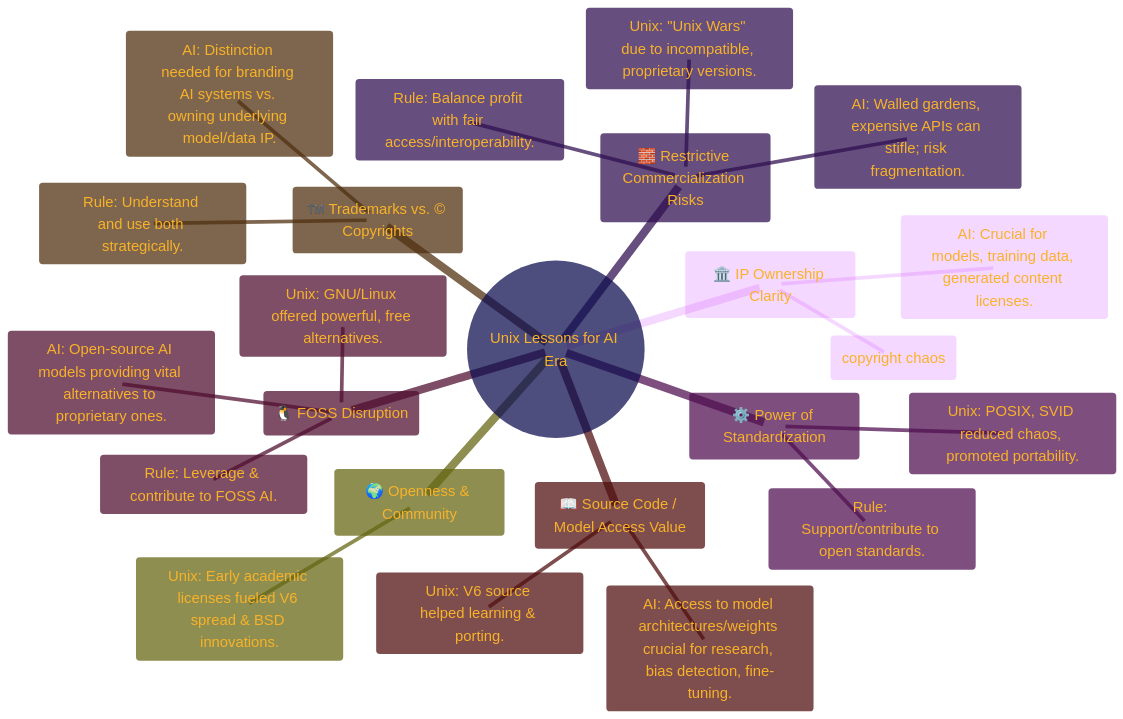
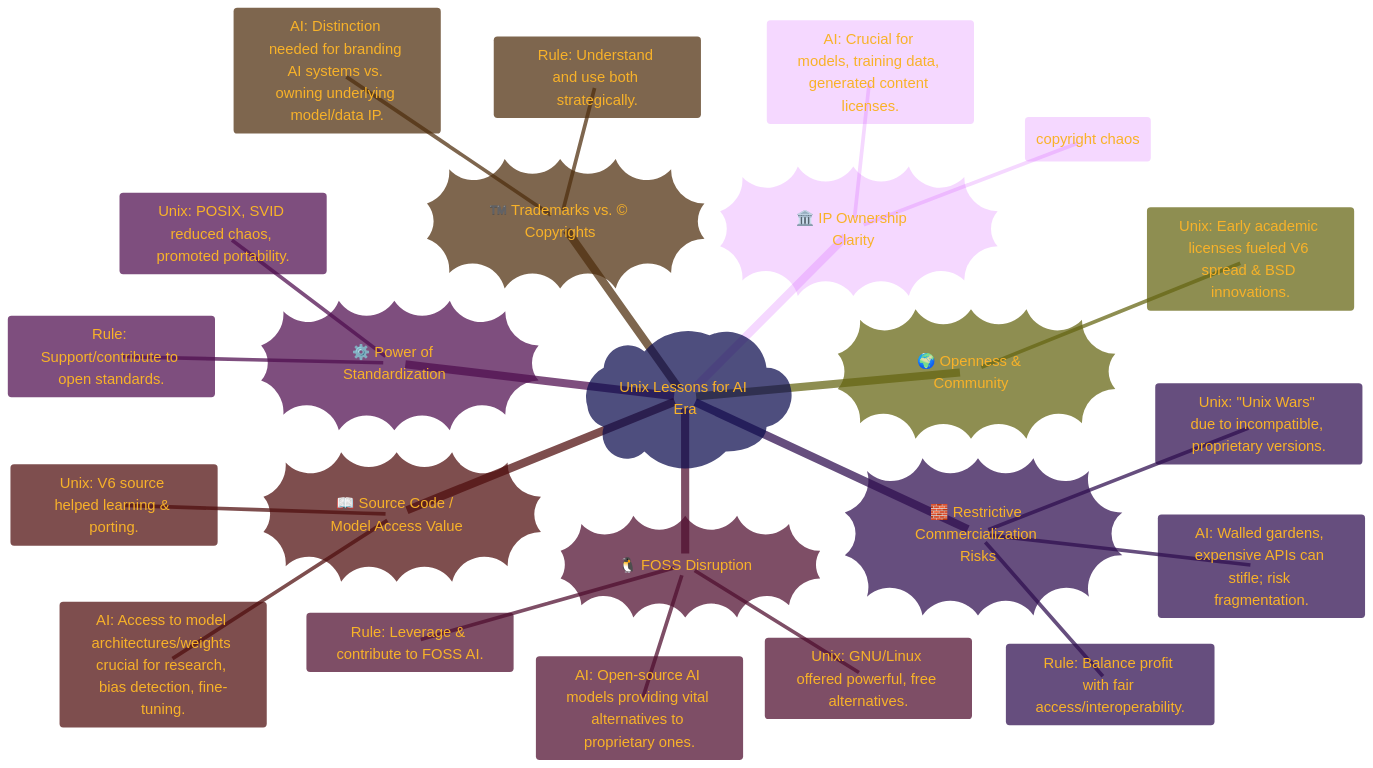
The fourth of 7 diagrams in THE_PAST/PART-4_Consolidated_info.md (CongLeSolutionX/Digital-Bedrock-Landscape), drawn with Mermaid before and after one commit.

Commit message:
update notes

````diff
--- a/THE_PAST/PART-4_Consolidated_info.md
+++ b/THE_PAST/PART-4_Consolidated_info.md
@@ -279,67 +279,67 @@
 ```mermaid
 ---
 title: "Overall Structure of the License Agreement"
 author: "Cong Le"
 version: "1.0"
 license(s): "MIT, CC BY 4.0"
 copyright: "Copyright (c) 2025 Cong Le. All Rights Reserved."
 config:
   theme: base
 ---
 %%%%%%%% Mermaid version v11.4.1-b.14
 %%{
   init: {
     'fontFamily': 'Andale Mono, monospace',
     'mindmap': {
 	    'nodeAlign': 'center',
 	    'padding': 20
     },
     'themeVariables': {
       'primaryColor': '#22BB',
       'primaryTextColor': '#F8B229',
       'primaryBorderColor': '#27AE60',
       'secondaryColor': '#EBF3',
       'secondaryTextColor': '#6C3483',
       'secondaryBorderColor': '#A569BD',
       'fontSize': '20px'
     }
   }
 }%%
 mindmap
-  root((Unix Lessons for AI Era))
-    (🏛️ IP Ownership Clarity)
+  root)"Unix Lessons for AI Era"(
+    IP_Ownership_Clarity))"🏛️ IP Ownership Clarity"((
       ::icon(fa fa-landmark)
       Unix: SCO vs. Novell lawsuits (copyright chaos)
       AI: Crucial for models, training data, generated content licenses.
       %% Rule: Explicitly define rights! $$\\mathcal{L}_{AI} = f(\text{data}, \text{model}, \text{output})$$
-    (🌍 Openness & Community)
+    Openness_and_Community))"🌍 Openness & Community"((
       ::icon(fa fa-globe)
       Unix: Early academic licenses fueled V6 spread & BSD innovations.
       %% AI: Open models (BLOOM, Llama) & frameworks (PyTorch) accelerate research.
       %% Rule: Consider open-source (MIT, Apache, OpenRAIL).
-    ("🧱 Restrictive Commercialization Risks")
+    Restrictive_Commercialization_Risks))"🧱 Restrictive Commercialization Risks"((
       ::icon(fa fa-store-slash)
       Unix: "Unix Wars" due to incompatible, proprietary versions.
       AI: Walled gardens, expensive APIs can stifle; risk fragmentation.
       Rule: Balance profit with fair access/interoperability.
-    ("⚙️ Power of Standardization")
+    Power_of_Standardization))"⚙️ Power of Standardization"((
       ::icon(fa fa-cogs)
       Unix: POSIX, SVID reduced chaos, promoted portability.
       %% AI: Needed for model formats (ONNX), APIs, data interchange, ethics.
       Rule: Support/contribute to open standards.
-    ("🐧 FOSS Disruption")
+    FOSS_Disruption))"🐧 FOSS Disruption"((
       ::icon(fa fa-linux)
       Unix: GNU/Linux offered powerful, free alternatives.
       AI: Open-source AI models providing vital alternatives to proprietary ones.
       Rule: Leverage & contribute to FOSS AI.
-    ("📖 Source Code / Model Access Value")
+    Source_Code_and_Model_Access_Value))"📖 Source Code / Model Access Value"((
       ::icon(fa fa-book-open)
       Unix: V6 source helped learning & porting.
       AI: Access to model architectures/weights crucial for research, bias detection, fine-tuning.
       %% Rule: "Open (ish) box" > "black box."
-    ("™️ Trademarks vs. © Copyrights")
+    Trademarks_vs_Copyrights))"™️ Trademarks vs. © Copyrights"((
       ::icon(fa fa-registered)
       %% Unix: "UNIX" trademark (Open Group) vs. code copyrights (Novell for AT&T's).
       AI: Distinction needed for branding AI systems vs. owning underlying model/data IP.
       Rule: Understand and use both strategically.
 ```
````
